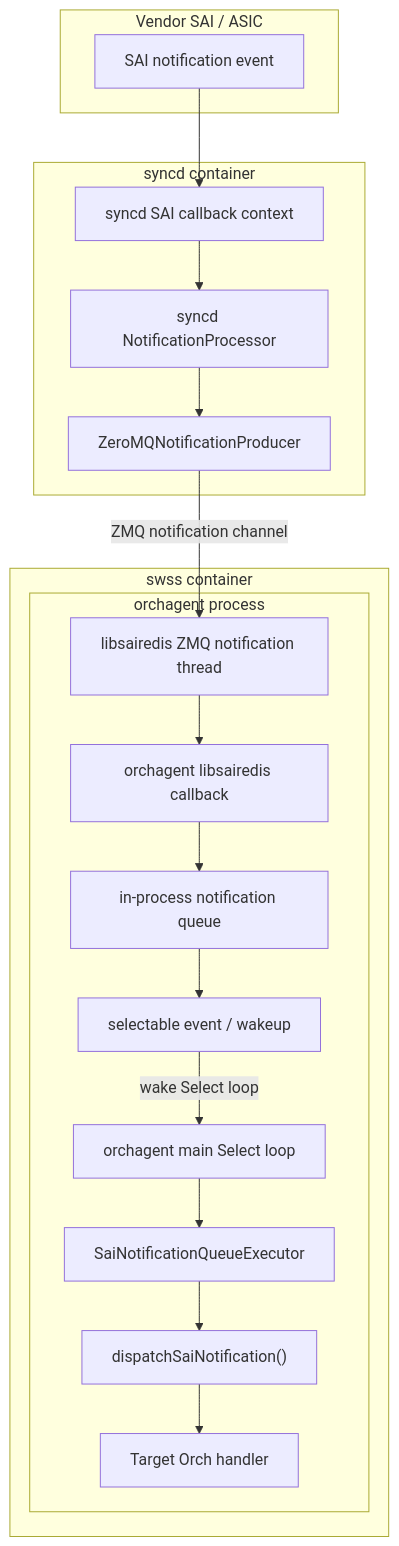
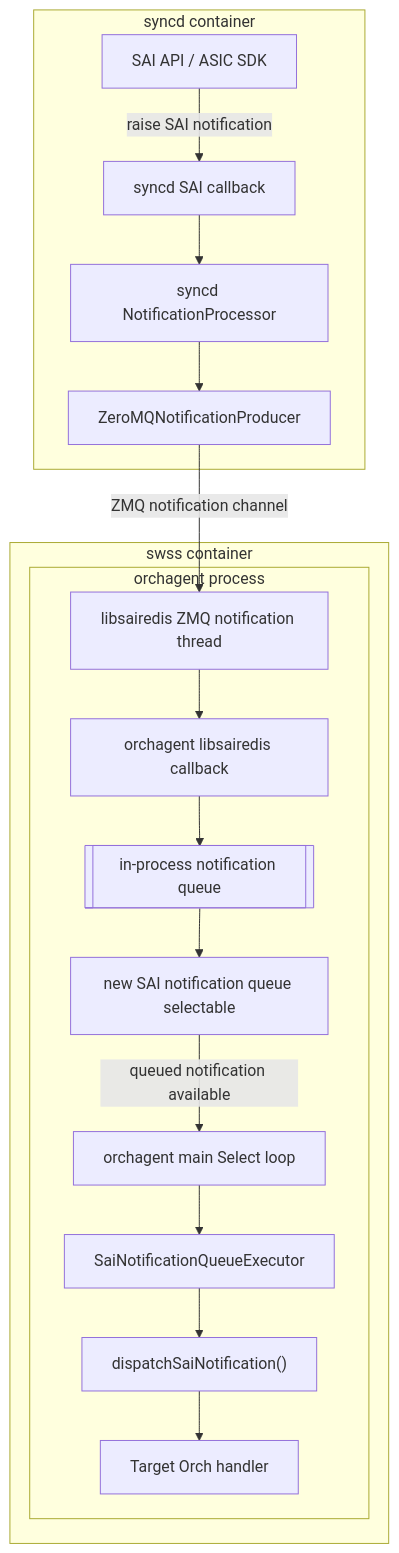
Before and after one commit to sonic-net/sonic-buildimage: the fifth of 11 diagrams in hld/zmq-southbound-sai-notification-handling.md, drawn with Mermaid. The commit also changed other lines of this file, not shown here.

First line of the commit message:
Update ZMQ southbound SAI notification HLD diagrams

````diff
--- a/hld/zmq-southbound-sai-notification-handling.md
+++ b/hld/zmq-southbound-sai-notification-handling.md
@@ -342,38 +337,35 @@
 ```mermaid
 flowchart TD
-    subgraph vendorAsic["Vendor SAI / ASIC"]
-        vendorEvent["SAI notification event"]
-    end
-
     subgraph syncdContainer["syncd container"]
-        syncdCallback["syncd SAI callback context"]
+        saiApi["SAI API / ASIC SDK"]
+        syncdCallback["syncd SAI callback"]
         notificationProcessor["syncd NotificationProcessor"]
         zmqProducer["ZeroMQNotificationProducer"]
     end
 
     subgraph swssContainer["swss container"]
         subgraph orchagentProcess["orchagent process"]
             zmqThread["libsairedis ZMQ notification thread"]
             saiCallback["orchagent libsairedis callback"]
-            notificationQueue["in-process notification queue"]
-            selectableEvent["selectable event / wakeup"]
+            notificationQueue[["in-process notification queue"]]
+            selectableEvent["new SAI notification queue selectable"]
             mainLoop["orchagent main Select loop"]
             queueExecutor["SaiNotificationQueueExecutor"]
             dispatcher["dispatchSaiNotification()"]
             orchHandler["Target Orch handler"]
         end
     end
 
-    vendorEvent --> syncdCallback
+    saiApi -->|"raise SAI notification"| syncdCallback
     syncdCallback --> notificationProcessor
     notificationProcessor --> zmqProducer
     zmqProducer -->|"ZMQ notification channel"| zmqThread
     zmqThread --> saiCallback
 
     saiCallback --> notificationQueue
     notificationQueue --> selectableEvent
-    selectableEvent -->|"wake Select loop"| mainLoop
+    selectableEvent -->|"queued notification available"| mainLoop
     mainLoop --> queueExecutor
     queueExecutor --> dispatcher
     dispatcher --> orchHandler
 ```
````
